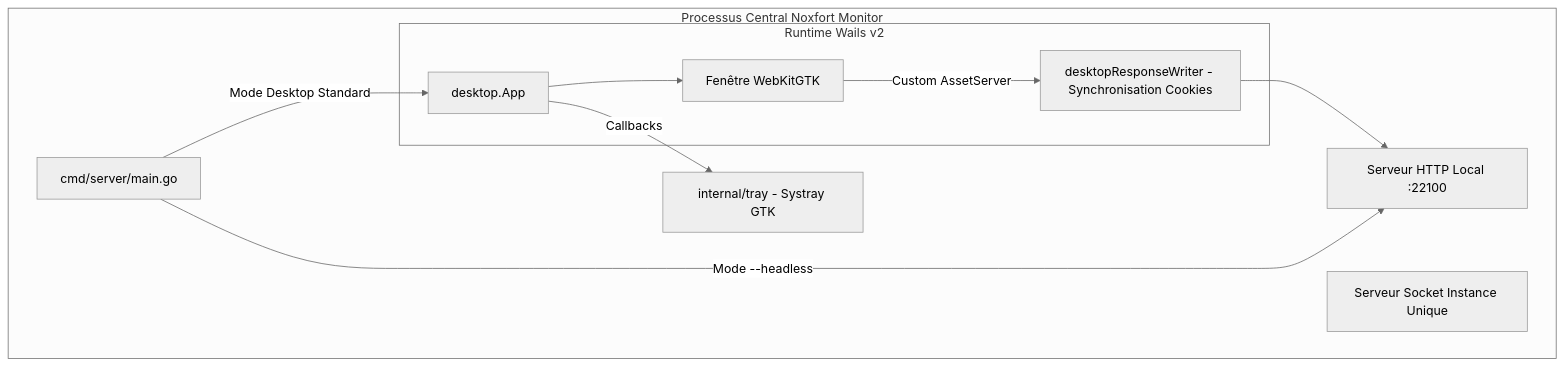
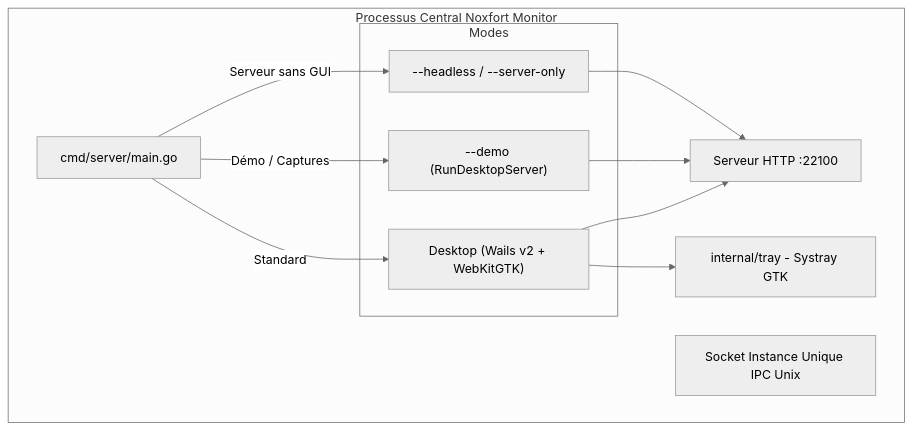
One commit to Noxfort-Systems-Brazil/MONITOR changed the diagram in docs/fr/desktop_app.md. Above: the diagram before and after it, drawn with Mermaid (neutral theme). The commit also changed other lines of this file and 186 other files, not shown here.

````diff
--- a/docs/fr/desktop_app.md
+++ b/docs/fr/desktop_app.md
@@ -13,22 +11,23 @@
 ```mermaid
 graph TD
     subgraph "Processus Central Noxfort Monitor"
         Main[cmd/server/main.go]
-        HTTP[Serveur HTTP Local :22100]
-        IPC[Serveur Socket Instance Unique]
+        HTTP["Serveur HTTP :22100"]
+        IPC[Socket Instance Unique IPC Unix]
         Tray[internal/tray - Systray GTK]
-        
-        subgraph "Runtime Wails v2"
-            WailsApp[desktop.App]
-            WebKit[Fenêtre WebKitGTK]
-            SessionBridge[desktopResponseWriter - Synchronisation Cookies]
+
+        subgraph "Modes"
+            WailsApp["Desktop (Wails v2 + WebKitGTK)"]
+            DemoSrv["--demo (RunDesktopServer)"]
+            Headless["--headless / --server-only"]
         end
     end
 
-    Main -->|Mode Desktop Standard| WailsApp
-    WailsApp --> WebKit
-    WebKit -->|Custom AssetServer| SessionBridge
-    SessionBridge --> HTTP
-    WailsApp -->|Callbacks| Tray
-    Main -->|Mode --headless| HTTP
+    Main -->|Standard| WailsApp
+    Main -->|Démo / Captures| DemoSrv
+    Main -->|Serveur sans GUI| Headless
+    WailsApp --> HTTP
+    WailsApp --> Tray
+    DemoSrv --> HTTP
+    Headless --> HTTP
 ```
````
